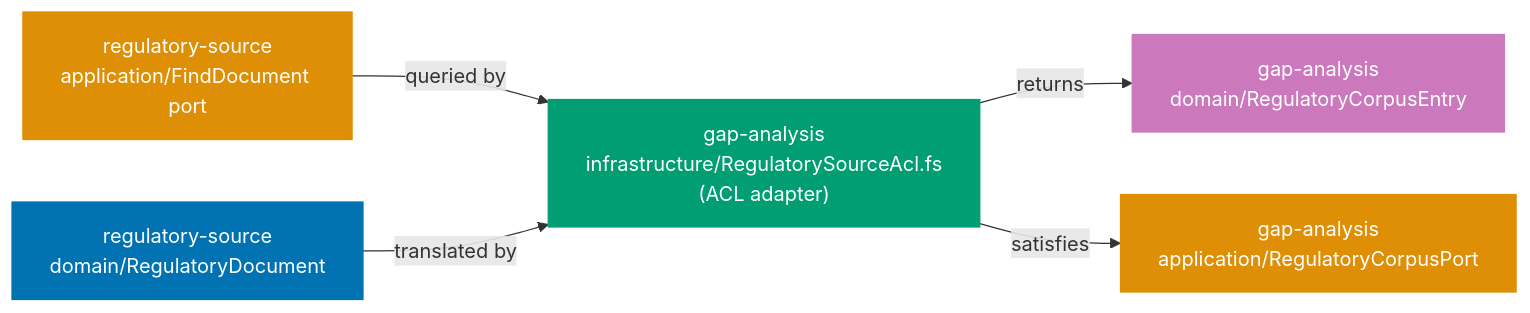
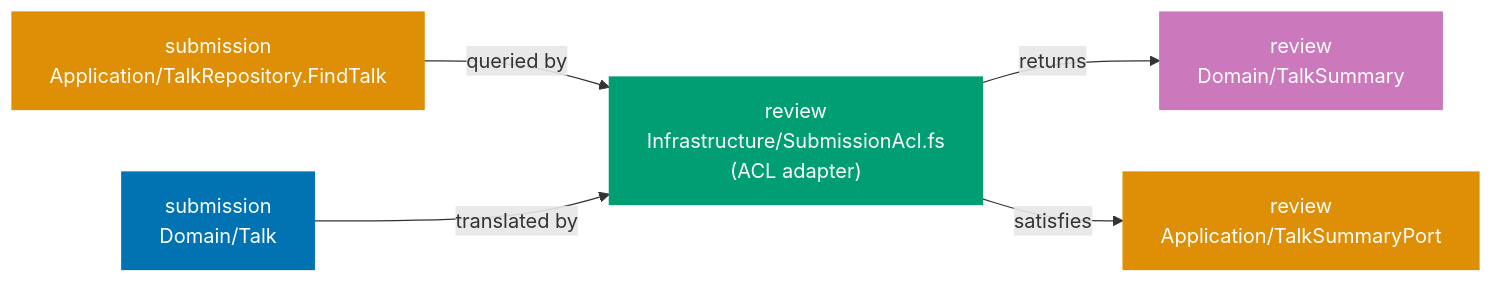
One commit to wahidyankf/open-sharia-enterprise changed the third of 3 diagrams in apps/ayokoding-web/content/en/learn/software-engineering/architecture/ddd-hexagonal-in-practice/fp-in-the-field/intermediate.md. Above: the diagram before and after it, drawn with Mermaid. The commit also changed other lines of this file and 11 other files, not shown here.

````diff
--- a/apps/ayokoding-web/content/en/learn/software-engineering/architecture/ddd-hexagonal-in-practice/fp-in-the-field/intermediate.md
+++ b/apps/ayokoding-web/content/en/learn/software-engineering/architecture/ddd-hexagonal-in-practice/fp-in-the-field/intermediate.md
@@ -1016,17 +927,17 @@
 ```mermaid
 flowchart LR
-    rsdom["regulatory-source\ndomain/RegulatoryDocument"]:::blue
-    rsport["regulatory-source\napplication/FindDocument port"]:::orange
-    acl["gap-analysis\ninfrastructure/RegulatorySourceAcl.fs\n(ACL adapter)"]:::teal
-    gaport["gap-analysis\napplication/RegulatoryCorpusPort"]:::orange
-    gadom["gap-analysis\ndomain/RegulatoryCorpusEntry"]:::purple
-    rsport -->|"queried by"| acl
-    rsdom -->|"translated by"| acl
-    acl -->|"returns"| gadom
-    acl -->|"satisfies"| gaport
+    subdom["submission\nDomain/Talk"]:::blue
+    subport["submission\nApplication/TalkRepository.FindTalk"]:::orange
+    acl["review\nInfrastructure/SubmissionAcl.fs\n(ACL adapter)"]:::teal
+    revport["review\nApplication/TalkSummaryPort"]:::orange
+    revdom["review\nDomain/TalkSummary"]:::purple
+    subport -->|"queried by"| acl
+    subdom -->|"translated by"| acl
+    acl -->|"returns"| revdom
+    acl -->|"satisfies"| revport
 
     classDef blue fill:#0173B2,color:#fff,stroke:#0173B2
     classDef orange fill:#DE8F05,color:#fff,stroke:#DE8F05
     classDef teal fill:#029E73,color:#fff,stroke:#029E73
     classDef purple fill:#CC78BC,color:#fff,stroke:#CC78BC
 ```
````
